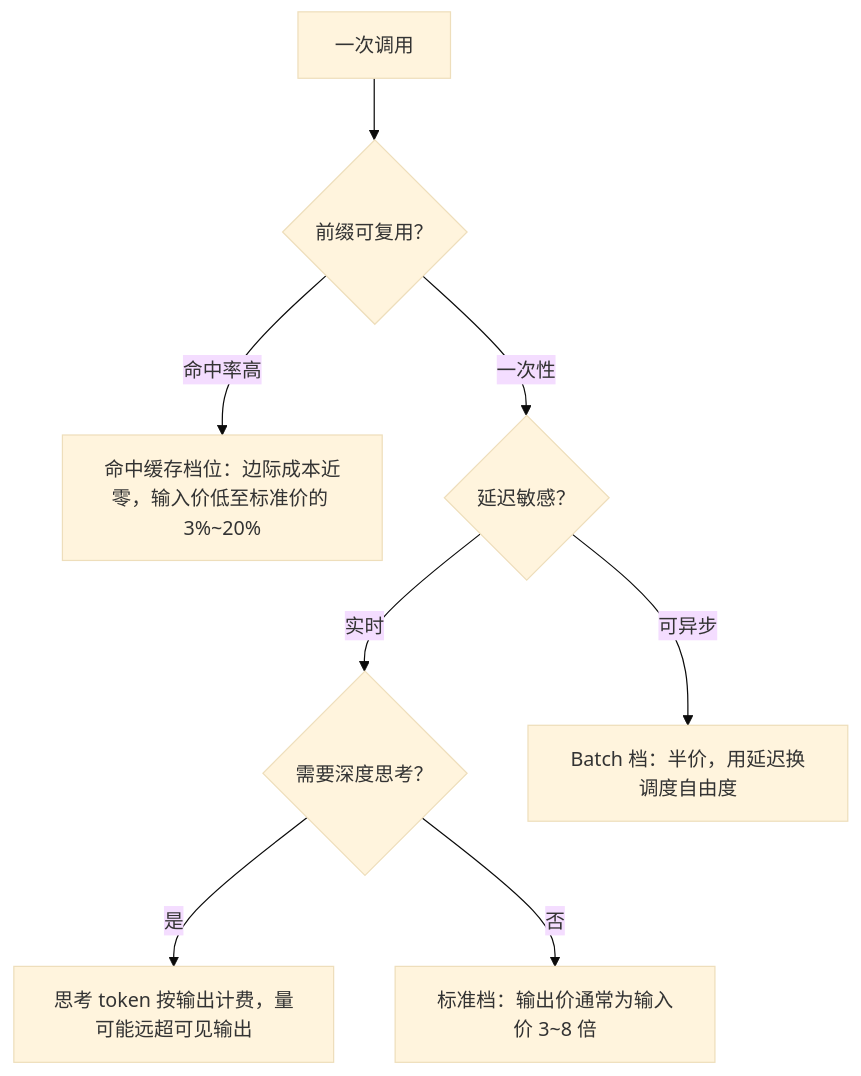
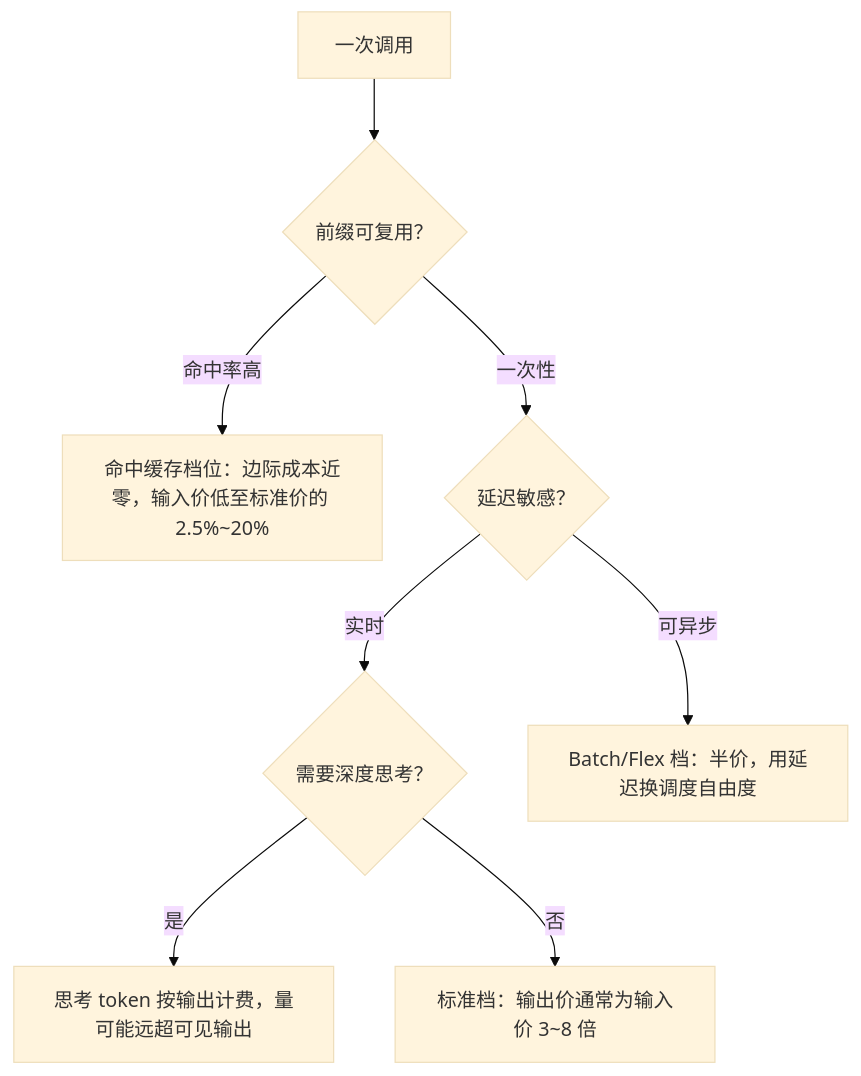
One commit to shuifans/cloud-ai-knowledge-base changed the second of 4 diagrams in docs/ai/infra/inference/token-economics.md. Above: the diagram before and after it, drawn with Mermaid (base theme). The commit also changed other lines of this file and 294 other files, not shown here.

First line of the commit message:
更新: 全站 35 篇文章对标 speech-gen 全面升级（深度/配图/引用/决策图）

````diff
--- a/docs/ai/infra/inference/token-economics.md
+++ b/docs/ai/infra/inference/token-economics.md
@@ -105,10 +176,10 @@
 ```mermaid
 flowchart TD
   S["一次调用"] --> Q1{"前缀可复用？"}
-  Q1 -->|"命中率高"| C1["命中缓存档位：边际成本近零，输入价低至标准价的 3%~20%"]
+  Q1 -->|"命中率高"| C1["命中缓存档位：边际成本近零，输入价低至标准价的 2.5%~20%"]
   Q1 -->|"一次性"| Q2{"延迟敏感？"}
   Q2 -->|"实时"| Q3{"需要深度思考？"}
-  Q2 -->|"可异步"| B1["Batch 档：半价，用延迟换调度自由度"]
+  Q2 -->|"可异步"| B1["Batch/Flex 档：半价，用延迟换调度自由度"]
   Q3 -->|"是"| T1["思考 token 按输出计费，量可能远超可见输出"]
   Q3 -->|"否"| F["标准档：输出价通常为输入价 3~8 倍"]
 ```
````
